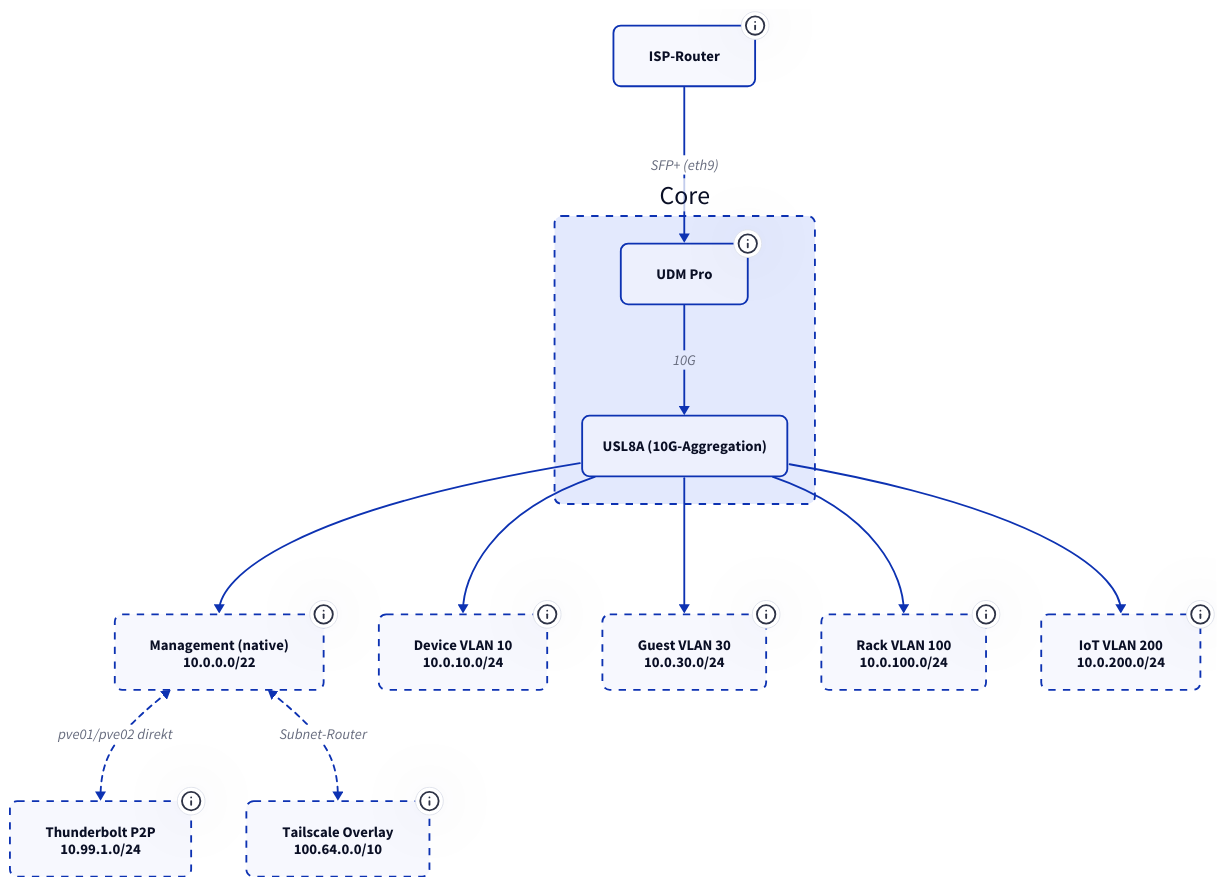
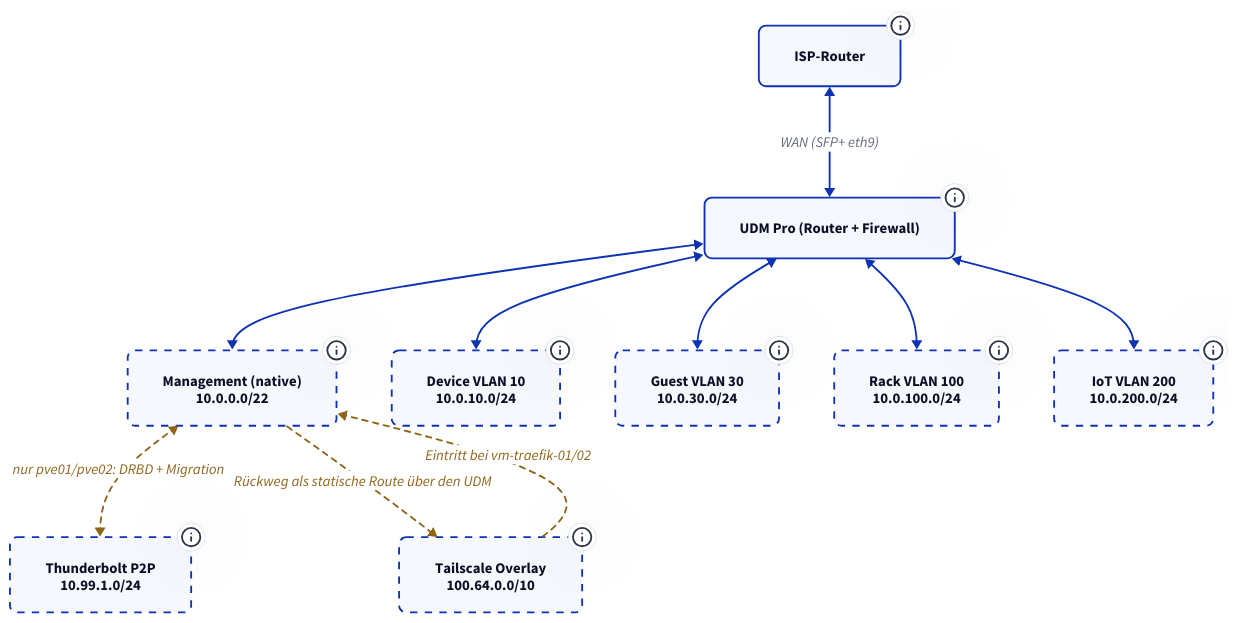
Before and after one commit to derever-labs/homelab-wiki: the second of 4 diagrams in docs/netz/netzwerk/index.md, drawn with D2. The commit also changed other lines of this file and 1 other file, not shown here.

First line of the commit message:
docs(netz): Netz-Diagramme von Topologie auf Mechanik (#145)

````diff
--- a/docs/netz/netzwerk/index.md
+++ b/docs/netz/netzwerk/index.md
@@ -110,69 +107,73 @@
 ```d2
 classes: {
   seg: {
-    style.stroke-dash: 4
-    style.border-radius: 8
+    style: { stroke-dash: 4; border-radius: 8 }
   }
   node: {
-    style.border-radius: 8
+    style: { border-radius: 8 }
+  }
+  bypass: {
+    style: { stroke: "#8f6418"; font-color: "#8f6418" }
   }
 }
 
 wan: ISP-Router {
   class: node
   tooltip: "PPPoE-Terminierung, statische öffentliche IP"
 }
 
-core: Core {
-  class: seg
-  udm: UDM Pro { class: node; tooltip: "Router + Controller, 10.0.0.1 -- Gateway aller VLANs" }
-  agg: USL8A (10G-Aggregation) { class: node }
-  udm -> agg: 10G
+udm: "UDM Pro (Router + Firewall)" {
+  class: node
+  tooltip: "Gateway aller Segmente (10.0.x.1), routet und filtert jeden Segment-Übergang (zonenbasierte Firewall)"
 }
 
 mgmt: "Management (native)\n10.0.0.0/22" {
   class: seg
-  tooltip: "Proxmox-Hosts, Nomad-VMs, DNS-LXCs, Traefik-VMs, NAS, PBS, PDM, CheckMK, Home Assistant -- IPs siehe Hosts und IPs"
+  tooltip: "Proxmox-Hosts, Nomad-VMs, DNS-LXCs, Traefik-VMs, NAS, PBS, PDM, CheckMK, Home Assistant"
 }
 dev: "Device VLAN 10\n10.0.10.0/24" {
   class: seg
   tooltip: "Endgeräte"
 }
 guest: "Guest VLAN 30\n10.0.30.0/24" {
   class: seg
   tooltip: "Gäste-WLAN"
 }
 rack: "Rack VLAN 100\n10.0.100.0/24" {
   class: seg
   tooltip: "Rack-Infrastruktur"
 }
 iot: "IoT VLAN 200\n10.0.200.0/24" {
   class: seg
   tooltip: "Home Assistant, Zigbee, NAS"
 }
 
 tb: "Thunderbolt P2P\n10.99.1.0/24" {
   class: seg
-  tooltip: "DRBD-Replikation + VM-Migration, läuft nicht über den Switch"
+  tooltip: "DRBD-Replikation + VM-Migration, läuft nicht über Switch oder UDM"
 }
 ts: "Tailscale Overlay\n100.64.0.0/10" {
   class: seg
   tooltip: "CGNAT-Overlay über die drei Standorte"
 }
 
-wan -> core.udm: SFP+ (eth9)
-core.agg -> mgmt
-core.agg -> dev
-core.agg -> guest
-core.agg -> rack
-core.agg -> iot
+wan <-> udm: "WAN (SFP+ eth9)"
+udm <-> mgmt
+udm <-> dev
+udm <-> guest
+udm <-> rack
+udm <-> iot
 
-mgmt <-> tb: pve01/pve02 direkt {
+mgmt <-> tb: "nur pve01/pve02: DRBD + Migration" {
+  class: bypass
   style.stroke-dash: 3
-  tooltip: "Zwei TB4-Kabel als Bond, am Switch vorbei"
 }
-mgmt <-> ts: Subnet-Router {
+ts -> mgmt: "Eintritt bei vm-traefik-01/02" {
+  class: bypass
   style.stroke-dash: 3
-  tooltip: "vm-traefik-01/02 (10.0.0.0/22, Exit-Node) und pve00 (VLAN-Subnetze) advertisieren ins Tailnet"
+}
+mgmt -> ts: "Rückweg als statische Route über den UDM" {
+  class: bypass
+  style.stroke-dash: 3
 }
 ```
````
